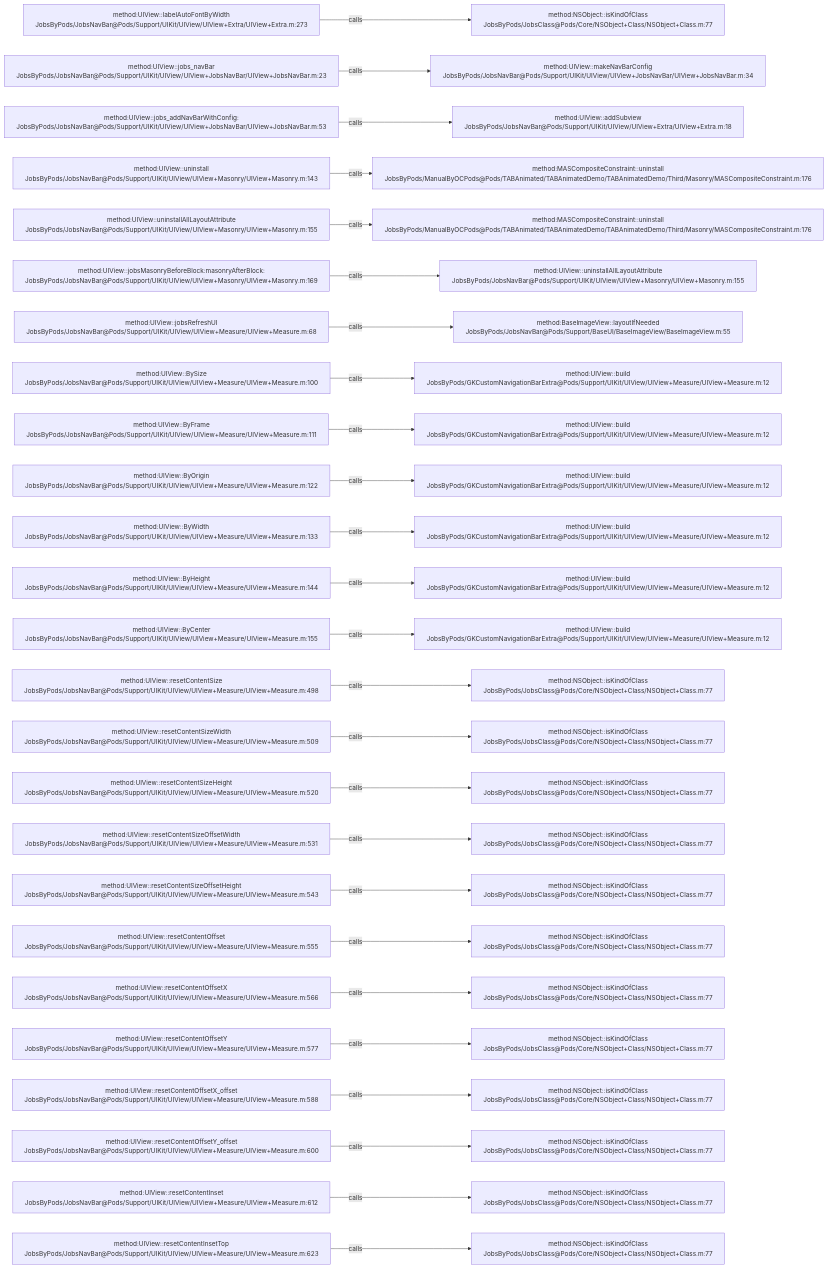
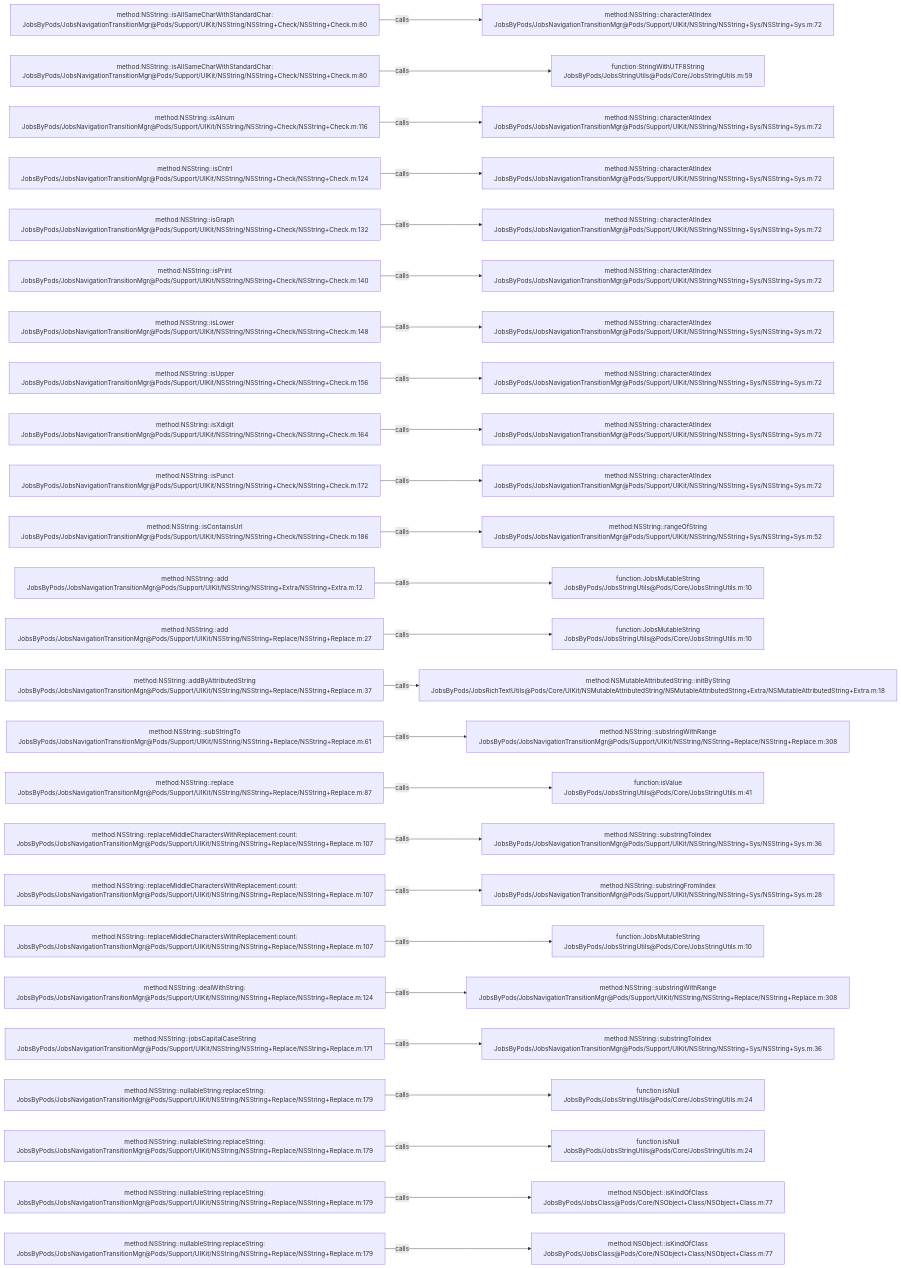
Before and after one commit to JobsKits/JobsOCBaseConfigDemo: the diagram in .codegraph/codegraph.md/graphs/calls-126.md, drawn with Mermaid. The commit also changed 639 other files, not shown here.

````diff
--- a/.codegraph/codegraph.md/graphs/calls-126.md
+++ b/.codegraph/codegraph.md/graphs/calls-126.md
@@ -13,78 +13,78 @@
 ```mermaid
 flowchart LR
-  S1["method:UIView::labelAutoFontByWidth<br/>JobsByPods/JobsNavBar@Pods/Support/UIKit/UIView/UIView+Extra/UIView+Extra.m:273"]
-  T1["method:NSObject::isKindOfClass<br/>JobsByPods/JobsClass@Pods/Core/NSObject+Class/NSObject+Class.m:77"]
+  S1["method:NSString::isAllSameCharWithStandardChar:<br/>JobsByPods/JobsNavigationTransitionMgr@Pods/Support/UIKit/NSString/NSString+Check/NSString+Check.m:80"]
+  T1["method:NSString::characterAtIndex<br/>JobsByPods/JobsNavigationTransitionMgr@Pods/Support/UIKit/NSString/NSString+Sys/NSString+Sys.m:72"]
   S1 -->|calls| T1
-  S2["method:UIView::jobs_navBar<br/>JobsByPods/JobsNavBar@Pods/Support/UIKit/UIView/UIView+JobsNavBar/UIView+JobsNavBar.m:23"]
-  T2["method:UIView::makeNavBarConfig<br/>JobsByPods/JobsNavBar@Pods/Support/UIKit/UIView/UIView+JobsNavBar/UIView+JobsNavBar.m:34"]
+  S2["method:NSString::isAllSameCharWithStandardChar:<br/>JobsByPods/JobsNavigationTransitionMgr@Pods/Support/UIKit/NSString/NSString+Check/NSString+Check.m:80"]
+  T2["function:StringWithUTF8String<br/>JobsByPods/JobsStringUtils@Pods/Core/JobsStringUtils.m:59"]
   S2 -->|calls| T2
-  S3["method:UIView::jobs_addNavBarWithConfig:<br/>JobsByPods/JobsNavBar@Pods/Support/UIKit/UIView/UIView+JobsNavBar/UIView+JobsNavBar.m:53"]
-  T3["method:UIView::addSubview<br/>JobsByPods/JobsNavBar@Pods/Support/UIKit/UIView/UIView+Extra/UIView+Extra.m:18"]
+  S3["method:NSString::isAlnum<br/>JobsByPods/JobsNavigationTransitionMgr@Pods/Support/UIKit/NSString/NSString+Check/NSString+Check.m:116"]
+  T3["method:NSString::characterAtIndex<br/>JobsByPods/JobsNavigationTransitionMgr@Pods/Support/UIKit/NSString/NSString+Sys/NSString+Sys.m:72"]
   S3 -->|calls| T3
-  S4["method:UIView::uninstall<br/>JobsByPods/JobsNavBar@Pods/Support/UIKit/UIView/UIView+Masonry/UIView+Masonry.m:143"]
-  T4["method:MASCompositeConstraint::uninstall<br/>JobsByPods/ManualByOCPods@Pods/TABAnimated/TABAnimatedDemo/TABAnimatedDemo/Third/Masonry/MASCompositeConstraint.m:176"]
+  S4["method:NSString::isCntrl<br/>JobsByPods/JobsNavigationTransitionMgr@Pods/Support/UIKit/NSString/NSString+Check/NSString+Check.m:124"]
+  T4["method:NSString::characterAtIndex<br/>JobsByPods/JobsNavigationTransitionMgr@Pods/Support/UIKit/NSString/NSString+Sys/NSString+Sys.m:72"]
   S4 -->|calls| T4
-  S5["method:UIView::uninstallAllLayoutAttribute<br/>JobsByPods/JobsNavBar@Pods/Support/UIKit/UIView/UIView+Masonry/UIView+Masonry.m:155"]
-  T5["method:MASCompositeConstraint::uninstall<br/>JobsByPods/ManualByOCPods@Pods/TABAnimated/TABAnimatedDemo/TABAnimatedDemo/Third/Masonry/MASCompositeConstraint.m:176"]
+  S5["method:NSString::isGraph<br/>JobsByPods/JobsNavigationTransitionMgr@Pods/Support/UIKit/NSString/NSString+Check/NSString+Check.m:132"]
+  T5["method:NSString::characterAtIndex<br/>JobsByPods/JobsNavigationTransitionMgr@Pods/Support/UIKit/NSString/NSString+Sys/NSString+Sys.m:72"]
   S5 -->|calls| T5
-  S6["method:UIView::jobsMasonryBeforeBlock:masonryAfterBlock:<br/>JobsByPods/JobsNavBar@Pods/Support/UIKit/UIView/UIView+Masonry/UIView+Masonry.m:169"]
-  T6["method:UIView::uninstallAllLayoutAttribute<br/>JobsByPods/JobsNavBar@Pods/Support/UIKit/UIView/UIView+Masonry/UIView+Masonry.m:155"]
+  S6["method:NSString::isPrint<br/>JobsByPods/JobsNavigationTransitionMgr@Pods/Support/UIKit/NSString/NSString+Check/NSString+Check.m:140"]
+  T6["method:NSString::characterAtIndex<br/>JobsByPods/JobsNavigationTransitionMgr@Pods/Support/UIKit/NSString/NSString+Sys/NSString+Sys.m:72"]
   S6 -->|calls| T6
-  S7["method:UIView::jobsRefreshUI<br/>JobsByPods/JobsNavBar@Pods/Support/UIKit/UIView/UIView+Measure/UIView+Measure.m:68"]
-  T7["method:BaseImageView::layoutIfNeeded<br/>JobsByPods/JobsNavBar@Pods/Support/BaseUI/BaseImageView/BaseImageView.m:55"]
+  S7["method:NSString::isLower<br/>JobsByPods/JobsNavigationTransitionMgr@Pods/Support/UIKit/NSString/NSString+Check/NSString+Check.m:148"]
+  T7["method:NSString::characterAtIndex<br/>JobsByPods/JobsNavigationTransitionMgr@Pods/Support/UIKit/NSString/NSString+Sys/NSString+Sys.m:72"]
   S7 -->|calls| T7
-  S8["method:UIView::BySize<br/>JobsByPods/JobsNavBar@Pods/Support/UIKit/UIView/UIView+Measure/UIView+Measure.m:100"]
-  T8["method:UIView::build<br/>JobsByPods/GKCustomNavigationBarExtra@Pods/Support/UIKit/UIView/UIView+Measure/UIView+Measure.m:12"]
+  S8["method:NSString::isUpper<br/>JobsByPods/JobsNavigationTransitionMgr@Pods/Support/UIKit/NSString/NSString+Check/NSString+Check.m:156"]
+  T8["method:NSString::characterAtIndex<br/>JobsByPods/JobsNavigationTransitionMgr@Pods/Support/UIKit/NSString/NSString+Sys/NSString+Sys.m:72"]
   S8 -->|calls| T8
-  S9["method:UIView::ByFrame<br/>JobsByPods/JobsNavBar@Pods/Support/UIKit/UIView/UIView+Measure/UIView+Measure.m:111"]
-  T9["method:UIView::build<br/>JobsByPods/GKCustomNavigationBarExtra@Pods/Support/UIKit/UIView/UIView+Measure/UIView+Measure.m:12"]
+  S9["method:NSString::isXdigit<br/>JobsByPods/JobsNavigationTransitionMgr@Pods/Support/UIKit/NSString/NSString+Check/NSString+Check.m:164"]
+  T9["method:NSString::characterAtIndex<br/>JobsByPods/JobsNavigationTransitionMgr@Pods/Support/UIKit/NSString/NSString+Sys/NSString+Sys.m:72"]
   S9 -->|calls| T9
-  S10["method:UIView::ByOrigin<br/>JobsByPods/JobsNavBar@Pods/Support/UIKit/UIView/UIView+Measure/UIView+Measure.m:122"]
-  T10["method:UIView::build<br/>JobsByPods/GKCustomNavigationBarExtra@Pods/Support/UIKit/UIView/UIView+Measure/UIView+Measure.m:12"]
+  S10["method:NSString::isPunct<br/>JobsByPods/JobsNavigationTransitionMgr@Pods/Support/UIKit/NSString/NSString+Check/NSString+Check.m:172"]
+  T10["method:NSString::characterAtIndex<br/>JobsByPods/JobsNavigationTransitionMgr@Pods/Support/UIKit/NSString/NSString+Sys/NSString+Sys.m:72"]
   S10 -->|calls| T10
-  S11["method:UIView::ByWidth<br/>JobsByPods/JobsNavBar@Pods/Support/UIKit/UIView/UIView+Measure/UIView+Measure.m:133"]
-  T11["method:UIView::build<br/>JobsByPods/GKCustomNavigationBarExtra@Pods/Support/UIKit/UIView/UIView+Measure/UIView+Measure.m:12"]
+  S11["method:NSString::isContainsUrl<br/>JobsByPods/JobsNavigationTransitionMgr@Pods/Support/UIKit/NSString/NSString+Check/NSString+Check.m:186"]
+  T11["method:NSString::rangeOfString<br/>JobsByPods/JobsNavigationTransitionMgr@Pods/Support/UIKit/NSString/NSString+Sys/NSString+Sys.m:52"]
   S11 -->|calls| T11
-  S12["method:UIView::ByHeight<br/>JobsByPods/JobsNavBar@Pods/Support/UIKit/UIView/UIView+Measure/UIView+Measure.m:144"]
-  T12["method:UIView::build<br/>JobsByPods/GKCustomNavigationBarExtra@Pods/Support/UIKit/UIView/UIView+Measure/UIView+Measure.m:12"]
+  S12["method:NSString::add<br/>JobsByPods/JobsNavigationTransitionMgr@Pods/Support/UIKit/NSString/NSString+Extra/NSString+Extra.m:12"]
+  T12["function:JobsMutableString<br/>JobsByPods/JobsStringUtils@Pods/Core/JobsStringUtils.m:10"]
   S12 -->|calls| T12
-  S13["method:UIView::ByCenter<br/>JobsByPods/JobsNavBar@Pods/Support/UIKit/UIView/UIView+Measure/UIView+Measure.m:155"]
-  T13["method:UIView::build<br/>JobsByPods/GKCustomNavigationBarExtra@Pods/Support/UIKit/UIView/UIView+Measure/UIView+Measure.m:12"]
+  S13["method:NSString::add<br/>JobsByPods/JobsNavigationTransitionMgr@Pods/Support/UIKit/NSString/NSString+Replace/NSString+Replace.m:27"]
+  T13["function:JobsMutableString<br/>JobsByPods/JobsStringUtils@Pods/Core/JobsStringUtils.m:10"]
   S13 -->|calls| T13
-  S14["method:UIView::resetContentSize<br/>JobsByPods/JobsNavBar@Pods/Support/UIKit/UIView/UIView+Measure/UIView+Measure.m:498"]
-  T14["method:NSObject::isKindOfClass<br/>JobsByPods/JobsClass@Pods/Core/NSObject+Class/NSObject+Class.m:77"]
+  S14["method:NSString::addByAttributedString<br/>JobsByPods/JobsNavigationTransitionMgr@Pods/Support/UIKit/NSString/NSString+Replace/NSString+Replace.m:37"]
+  T14["method:NSMutableAttributedString::initByString<br/>JobsByPods/JobsRichTextUtils@Pods/Core/UIKit/NSMutableAttributedString/NSMutableAttributedString+Extra/NSMutableAttributedString+Extra.m:18"]
   S14 -->|calls| T14
-  S15["method:UIView::resetContentSizeWidth<br/>JobsByPods/JobsNavBar@Pods/Support/UIKit/UIView/UIView+Measure/UIView+Measure.m:509"]
-  T15["method:NSObject::isKindOfClass<br/>JobsByPods/JobsClass@Pods/Core/NSObject+Class/NSObject+Class.m:77"]
+  S15["method:NSString::subStringTo<br/>JobsByPods/JobsNavigationTransitionMgr@Pods/Support/UIKit/NSString/NSString+Replace/NSString+Replace.m:61"]
+  T15["method:NSString::substringWithRange<br/>JobsByPods/JobsNavigationTransitionMgr@Pods/Support/UIKit/NSString/NSString+Replace/NSString+Replace.m:308"]
   S15 -->|calls| T15
-  S16["method:UIView::resetContentSizeHeight<br/>JobsByPods/JobsNavBar@Pods/Support/UIKit/UIView/UIView+Measure/UIView+Measure.m:520"]
-  T16["method:NSObject::isKindOfClass<br/>JobsByPods/JobsClass@Pods/Core/NSObject+Class/NSObject+Class.m:77"]
+  S16["method:NSString::replace<br/>JobsByPods/JobsNavigationTransitionMgr@Pods/Support/UIKit/NSString/NSString+Replace/NSString+Replace.m:87"]
+  T16["function:isValue<br/>JobsByPods/JobsStringUtils@Pods/Core/JobsStringUtils.m:41"]
   S16 -->|calls| T16
-  S17["method:UIView::resetContentSizeOffsetWidth<br/>JobsByPods/JobsNavBar@Pods/Support/UIKit/UIView/UIView+Measure/UIView+Measure.m:531"]
-  T17["method:NSObject::isKindOfClass<br/>JobsByPods/JobsClass@Pods/Core/NSObject+Class/NSObject+Class.m:77"]
+  S17["method:NSString::replaceMiddleCharactersWithReplacement:count:<br/>JobsByPods/JobsNavigationTransitionMgr@Pods/Support/UIKit/NSString/NSString+Replace/NSString+Replace.m:107"]
+  T17["method:NSString::substringToIndex<br/>JobsByPods/JobsNavigationTransitionMgr@Pods/Support/UIKit/NSString/NSString+Sys/NSString+Sys.m:36"]
   S17 -->|calls| T17
-  S18["method:UIView::resetContentSizeOffsetHeight<br/>JobsByPods/JobsNavBar@Pods/Support/UIKit/UIView/UIView+Measure/UIView+Measure.m:543"]
-  T18["method:NSObject::isKindOfClass<br/>JobsByPods/JobsClass@Pods/Core/NSObject+Class/NSObject+Class.m:77"]
+  S18["method:NSString::replaceMiddleCharactersWithReplacement:count:<br/>JobsByPods/JobsNavigationTransitionMgr@Pods/Support/UIKit/NSString/NSString+Replace/NSString+Replace.m:107"]
+  T18["method:NSString::substringFromIndex<br/>JobsByPods/JobsNavigationTransitionMgr@Pods/Support/UIKit/NSString/NSString+Sys/NSString+Sys.m:28"]
   S18 -->|calls| T18
-  S19["method:UIView::resetContentOffset<br/>JobsByPods/JobsNavBar@Pods/Support/UIKit/UIView/UIView+Measure/UIView+Measure.m:555"]
-  T19["method:NSObject::isKindOfClass<br/>JobsByPods/JobsClass@Pods/Core/NSObject+Class/NSObject+Class.m:77"]
+  S19["method:NSString::replaceMiddleCharactersWithReplacement:count:<br/>JobsByPods/JobsNavigationTransitionMgr@Pods/Support/UIKit/NSString/NSString+Replace/NSString+Replace.m:107"]
+  T19["function:JobsMutableString<br/>JobsByPods/JobsStringUtils@Pods/Core/JobsStringUtils.m:10"]
   S19 -->|calls| T19
-  S20["method:UIView::resetContentOffsetX<br/>JobsByPods/JobsNavBar@Pods/Support/UIKit/UIView/UIView+Measure/UIView+Measure.m:566"]
-  T20["method:NSObject::isKindOfClass<br/>JobsByPods/JobsClass@Pods/Core/NSObject+Class/NSObject+Class.m:77"]
+  S20["method:NSString::dealWithString:<br/>JobsByPods/JobsNavigationTransitionMgr@Pods/Support/UIKit/NSString/NSString+Replace/NSString+Replace.m:124"]
+  T20["method:NSString::substringWithRange<br/>JobsByPods/JobsNavigationTransitionMgr@Pods/Support/UIKit/NSString/NSString+Replace/NSString+Replace.m:308"]
   S20 -->|calls| T20
-  S21["method:UIView::resetContentOffsetY<br/>JobsByPods/JobsNavBar@Pods/Support/UIKit/UIView/UIView+Measure/UIView+Measure.m:577"]
-  T21["method:NSObject::isKindOfClass<br/>JobsByPods/JobsClass@Pods/Core/NSObject+Class/NSObject+Class.m:77"]
+  S21["method:NSString::jobsCapitalCaseString<br/>JobsByPods/JobsNavigationTransitionMgr@Pods/Support/UIKit/NSString/NSString+Replace/NSString+Replace.m:171"]
+  T21["method:NSString::substringToIndex<br/>JobsByPods/JobsNavigationTransitionMgr@Pods/Support/UIKit/NSString/NSString+Sys/NSString+Sys.m:36"]
   S21 -->|calls| T21
-  S22["method:UIView::resetContentOffsetX_offset<br/>JobsByPods/JobsNavBar@Pods/Support/UIKit/UIView/UIView+Measure/UIView+Measure.m:588"]
-  T22["method:NSObject::isKindOfClass<br/>JobsByPods/JobsClass@Pods/Core/NSObject+Class/NSObject+Class.m:77"]
+  S22["method:NSString::nullableString:replaceString:<br/>JobsByPods/JobsNavigationTransitionMgr@Pods/Support/UIKit/NSString/NSString+Replace/NSString+Replace.m:179"]
+  T22["function:isNull<br/>JobsByPods/JobsStringUtils@Pods/Core/JobsStringUtils.m:24"]
   S22 -->|calls| T22
-  S23["method:UIView::resetContentOffsetY_offset<br/>JobsByPods/JobsNavBar@Pods/Support/UIKit/UIView/UIView+Measure/UIView+Measure.m:600"]
-  T23["method:NSObject::isKindOfClass<br/>JobsByPods/JobsClass@Pods/Core/NSObject+Class/NSObject+Class.m:77"]
+  S23["method:NSString::nullableString:replaceString:<br/>JobsByPods/JobsNavigationTransitionMgr@Pods/Support/UIKit/NSString/NSString+Replace/NSString+Replace.m:179"]
+  T23["function:isNull<br/>JobsByPods/JobsStringUtils@Pods/Core/JobsStringUtils.m:24"]
   S23 -->|calls| T23
-  S24["method:UIView::resetContentInset<br/>JobsByPods/JobsNavBar@Pods/Support/UIKit/UIView/UIView+Measure/UIView+Measure.m:612"]
+  S24["method:NSString::nullableString:replaceString:<br/>JobsByPods/JobsNavigationTransitionMgr@Pods/Support/UIKit/NSString/NSString+Replace/NSString+Replace.m:179"]
   T24["method:NSObject::isKindOfClass<br/>JobsByPods/JobsClass@Pods/Core/NSObject+Class/NSObject+Class.m:77"]
   S24 -->|calls| T24
-  S25["method:UIView::resetContentInsetTop<br/>JobsByPods/JobsNavBar@Pods/Support/UIKit/UIView/UIView+Measure/UIView+Measure.m:623"]
+  S25["method:NSString::nullableString:replaceString:<br/>JobsByPods/JobsNavigationTransitionMgr@Pods/Support/UIKit/NSString/NSString+Replace/NSString+Replace.m:179"]
   T25["method:NSObject::isKindOfClass<br/>JobsByPods/JobsClass@Pods/Core/NSObject+Class/NSObject+Class.m:77"]
   S25 -->|calls| T25
 ```
````
